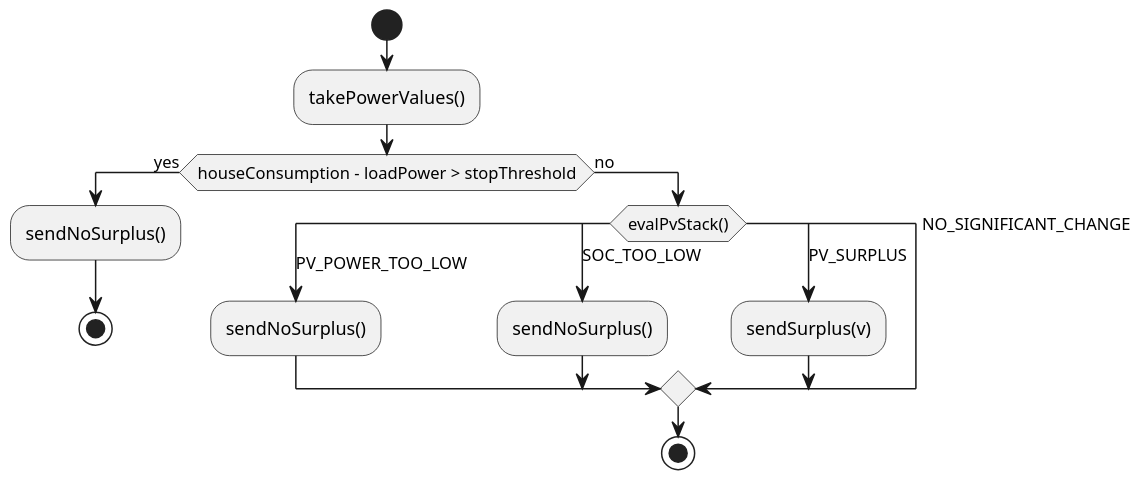
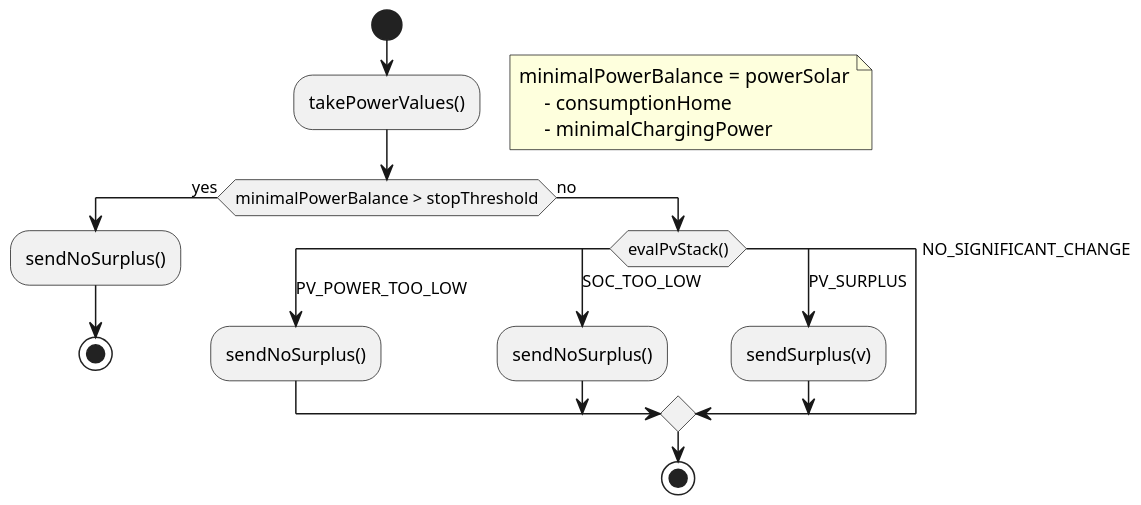
Before and after one commit to geobe/energyControl: the diagram in src/main/groovy/de/geobe/energy/automation/PvLoadStrategy.puml, drawn with PlantUML. The commit also changed 34 other files, not shown here.

```diff
--- a/src/main/groovy/de/geobe/energy/automation/PvLoadStrategy.puml
+++ b/src/main/groovy/de/geobe/energy/automation/PvLoadStrategy.puml
@@ -1,27 +1,33 @@
 @startuml
 'https://plantuml.com/activity-diagram-beta
 
 scale 1.5
+
 start
 :takePowerValues();
-if (houseConsumption - loadPower > stopThreshold) then (yes)
+floating note right
+    minimalPowerBalance = powerSolar
+         - consumptionHome
+         - minimalChargingPower
+end note
+if (minimalPowerBalance > stopThreshold) then (yes)
     :sendNoSurplus();
     stop
 else (no)
     switch(evalPvStack())
     case(PV_POWER_TOO_LOW)
         :sendNoSurplus();
         'stop
     case(SOC_TOO_LOW)
         :sendNoSurplus();
         'stop
     case(PV_SURPLUS)
         :sendSurplus(v);
         'stop
     case(NO_SIGNIFICANT_CHANGE)
         'stop
     endswitch
 
     stop
 
 @enduml
```
